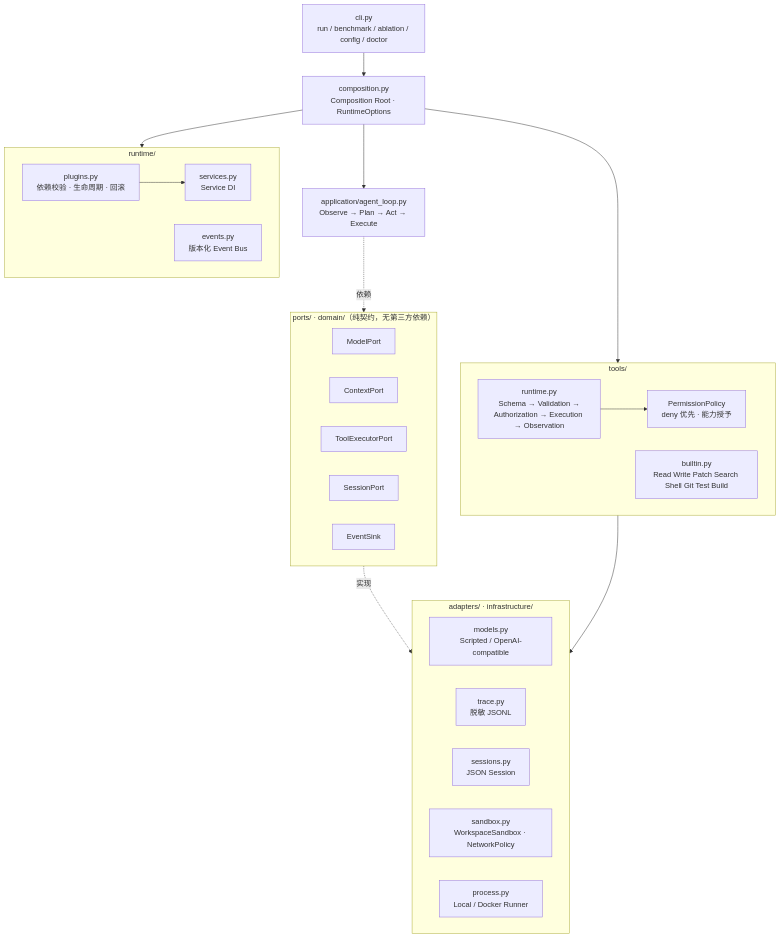
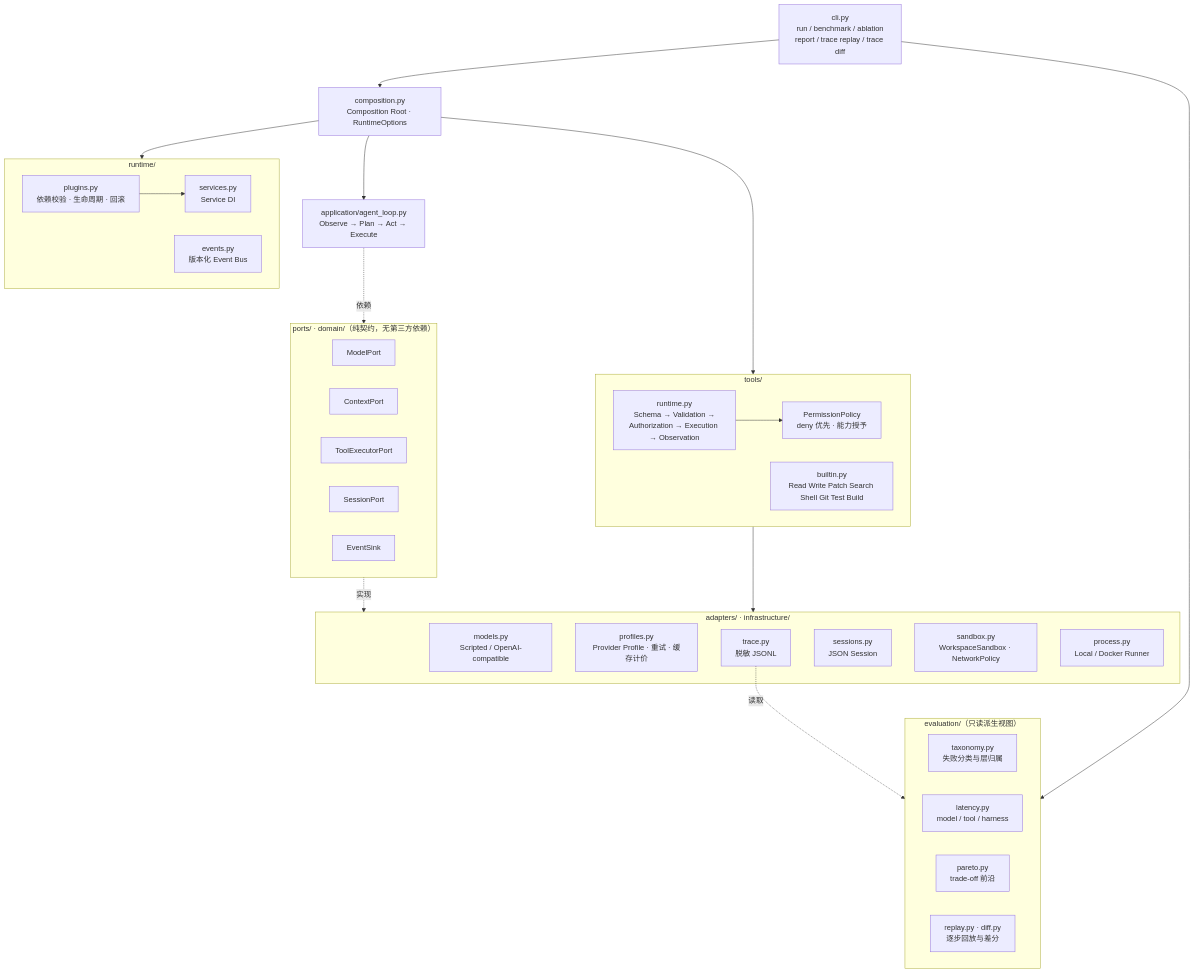
The first of 2 diagrams in README.md (JennyMa11/mini-dsh), drawn with Mermaid before and after one commit. The commit also changed other lines of this file and 9 other files, not shown here.

First line of the commit message:
chore(release): prepare v0.2.0 as the real-model evaluation release

````diff
--- a/README.md
+++ b/README.md
@@ -15,43 +17,53 @@
 ```mermaid
 flowchart TD
-    CLI["cli.py<br/>run / benchmark / ablation / config / doctor"]
+    CLI["cli.py<br/>run / benchmark / ablation<br/>report / trace replay / trace diff"]
     COMP["composition.py<br/>Composition Root · RuntimeOptions"]
     LOOP["application/agent_loop.py<br/>Observe → Plan → Act → Execute"]
 
     subgraph PORTS["ports/ · domain/（纯契约，无第三方依赖）"]
         P1["ModelPort"]
         P2["ContextPort"]
         P3["ToolExecutorPort"]
         P4["SessionPort"]
         P5["EventSink"]
     end
 
     subgraph RUNTIME["runtime/"]
         PM["plugins.py<br/>依赖校验 · 生命周期 · 回滚"]
         SR["services.py<br/>Service DI"]
         EB["events.py<br/>版本化 Event Bus"]
     end
 
     subgraph TOOLS["tools/"]
         TR["runtime.py<br/>Schema → Validation →<br/>Authorization → Execution → Observation"]
         BU["builtin.py<br/>Read Write Patch Search Shell Git Test Build"]
         PP["PermissionPolicy<br/>deny 优先 · 能力授予"]
     end
 
     subgraph ADAPTERS["adapters/ · infrastructure/"]
         AM["models.py<br/>Scripted / OpenAI-compatible"]
+        AP["profiles.py<br/>Provider Profile · 重试 · 缓存计价"]
         AT["trace.py<br/>脱敏 JSONL"]
         AS["sessions.py<br/>JSON Session"]
         SB["sandbox.py<br/>WorkspaceSandbox · NetworkPolicy"]
         PR["process.py<br/>Local / Docker Runner"]
+    end
+
+    subgraph EVAL["evaluation/（只读派生视图）"]
+        ET["taxonomy.py<br/>失败分类与层归属"]
+        EL["latency.py<br/>model / tool / harness"]
+        EP["pareto.py<br/>trade-off 前沿"]
+        ER["replay.py · diff.py<br/>逐步回放与差分"]
     end
 
     CLI --> COMP --> LOOP
     LOOP -.依赖.-> PORTS
     COMP --> RUNTIME
     COMP --> TOOLS
     PORTS -.实现.-> ADAPTERS
     TOOLS --> ADAPTERS
     PM --> SR
     TR --> PP
+    AT -.读取.-> EVAL
+    CLI --> EVAL
 ```
````
